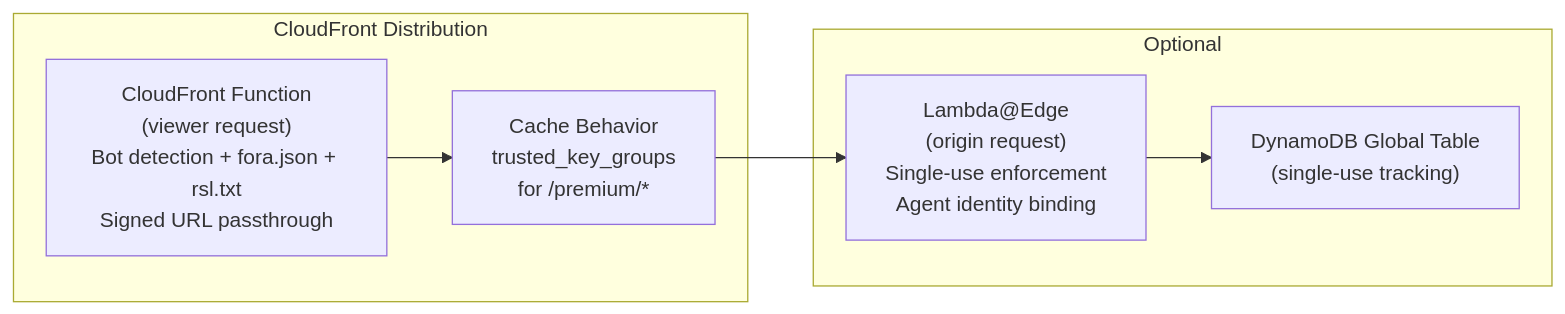
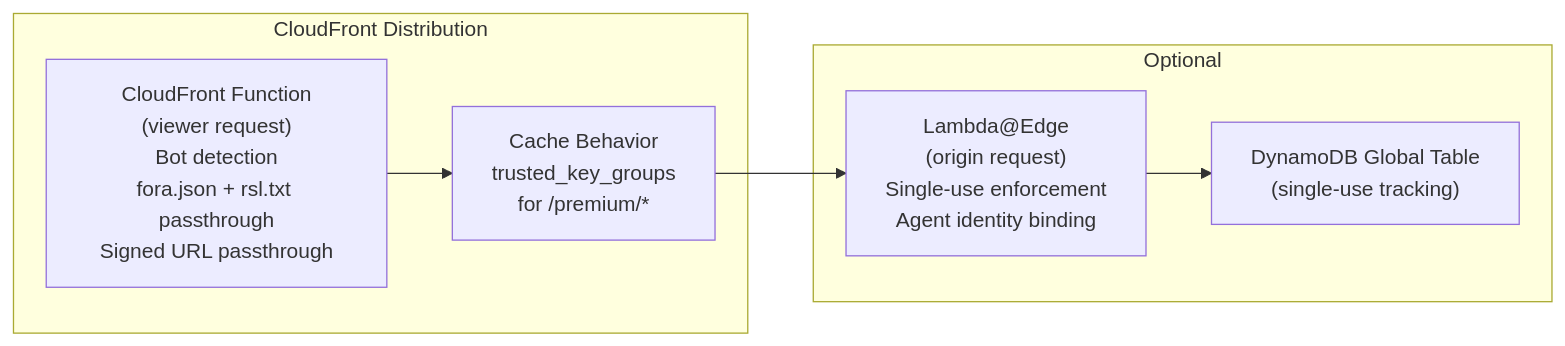
One commit to FORA-Protocol/protocol changed the first of 3 diagrams in website/src/content/docs/components/edge-function/cdn-adapters.mdx. Above: the diagram before and after it, drawn with Mermaid. The commit also changed other lines of this file and 3 other files, not shown here.

First line of the commit message:
Say the edge passes a provider's fora.json and rsl.txt through to its origin

````diff
--- a/website/src/content/docs/components/edge-function/cdn-adapters.mdx
+++ b/website/src/content/docs/components/edge-function/cdn-adapters.mdx
@@ -117,16 +105,16 @@
 ```mermaid
 graph LR
     subgraph "CloudFront Distribution"
-        CF_FUNC["CloudFront Function<br/>(viewer request)<br/>Bot detection + fora.json + rsl.txt<br/>Signed URL passthrough"]
+        CF_FUNC["CloudFront Function<br/>(viewer request)<br/>Bot detection<br/>fora.json + rsl.txt passthrough<br/>Signed URL passthrough"]
         BEHAVIOR["Cache Behavior<br/>trusted_key_groups<br/>for /premium/*"]
     end
 
     subgraph "Optional"
         LAMBDA["Lambda@Edge<br/>(origin request)<br/>Single-use enforcement<br/>Agent identity binding"]
         DDB["DynamoDB Global Table<br/>(single-use tracking)"]
     end
 
     CF_FUNC --> BEHAVIOR
     BEHAVIOR --> LAMBDA
     LAMBDA --> DDB
 ```
````
